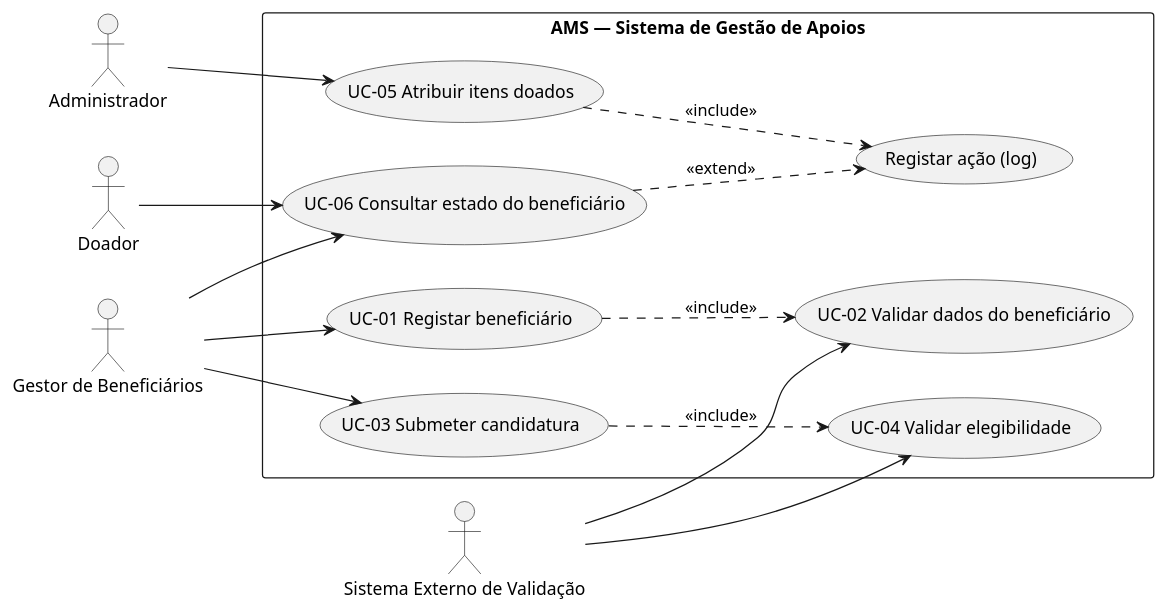
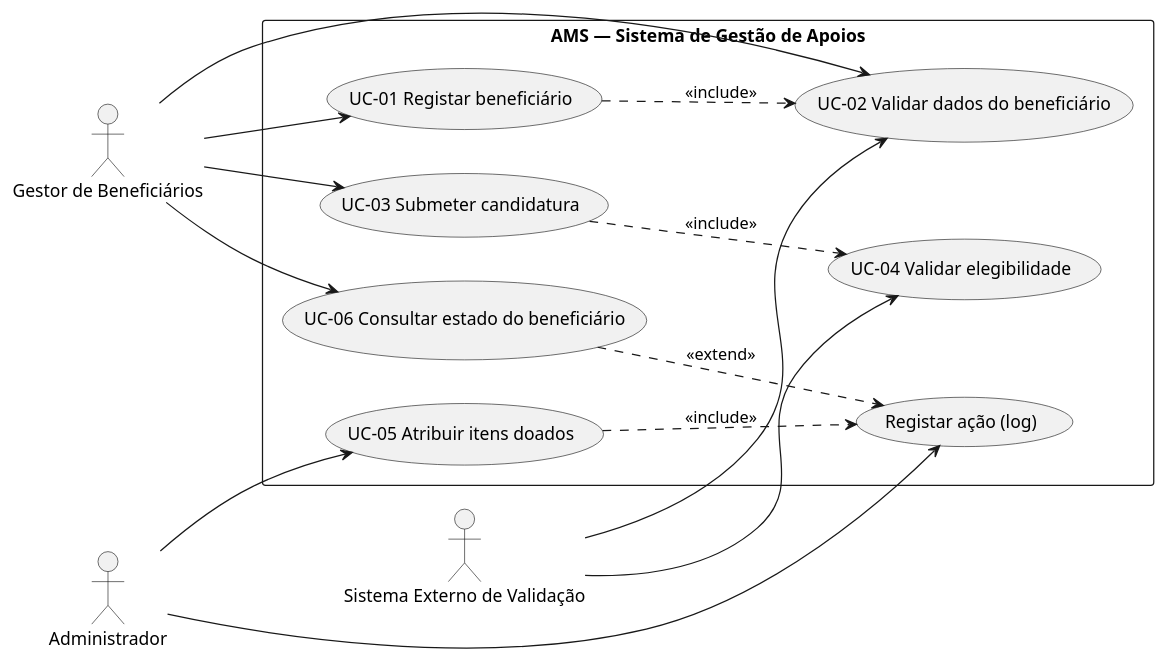
Before and after one commit to ricardocastro13/ERT: the diagram in docs/diagrams/use_case_diagram_v2.puml, drawn with PlantUML.

```diff
--- a/docs/diagrams/use_case_diagram_v2.puml
+++ b/docs/diagrams/use_case_diagram_v2.puml
@@ -1,34 +1,34 @@
 @startuml
 left to right direction
 
 actor "Gestor de Beneficiários" as GB
-actor "Doador" as D
 actor "Sistema Externo de Validação" as SEV
 actor "Administrador" as A
 
 rectangle "AMS — Sistema de Gestão de Apoios" {
   usecase "UC-01 Registar beneficiário" as UC1
   usecase "UC-02 Validar dados do beneficiário" as UC2
   usecase "UC-03 Submeter candidatura" as UC3
   usecase "UC-04 Validar elegibilidade" as UC4
   usecase "UC-05 Atribuir itens doados" as UC5
   usecase "UC-06 Consultar estado do beneficiário" as UC6
   usecase "Registar ação (log)" as UC7
 }
 
 GB --> UC1
+GB --> UC2
 GB --> UC3
 GB --> UC6
 
 SEV --> UC2
 SEV --> UC4
 
 A --> UC5
-D --> UC6
+A --> UC7
 
 UC1 ..> UC2 : <<include>>
 UC3 ..> UC4 : <<include>>
 UC5 ..> UC7 : <<include>>
 UC6 ..> UC7 : <<extend>>
 
 @enduml
```
